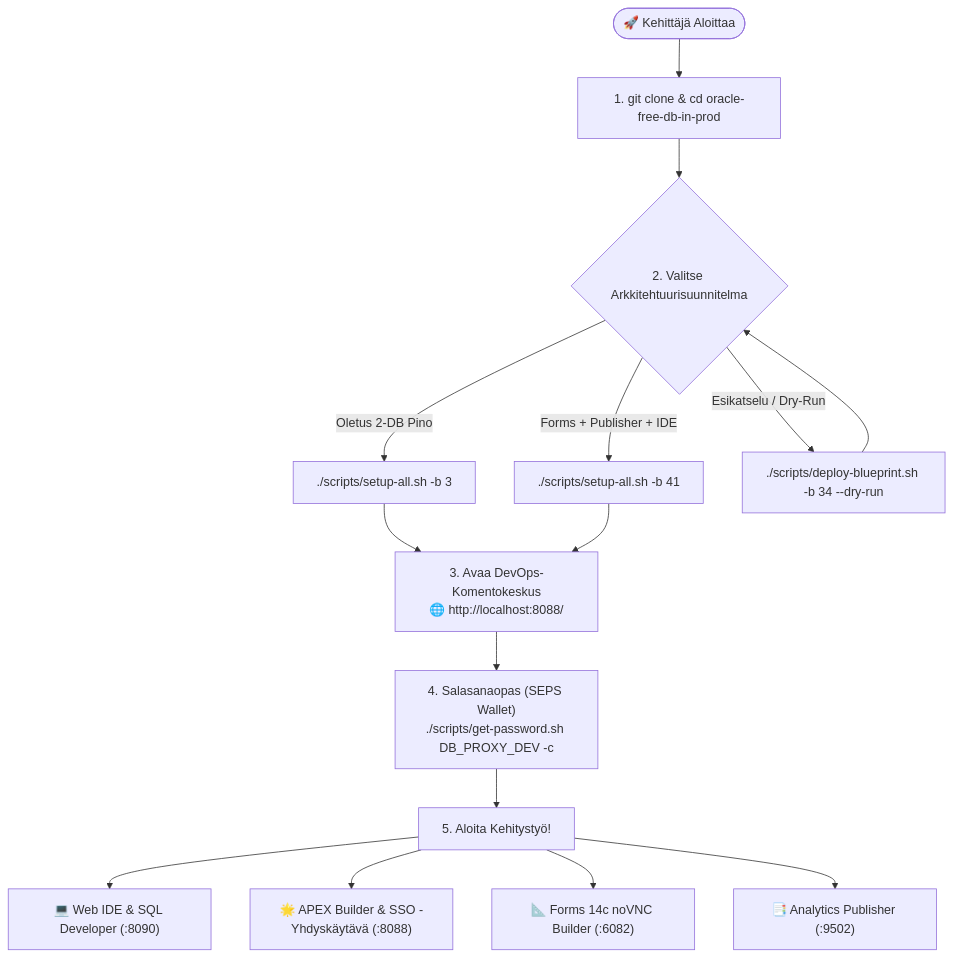
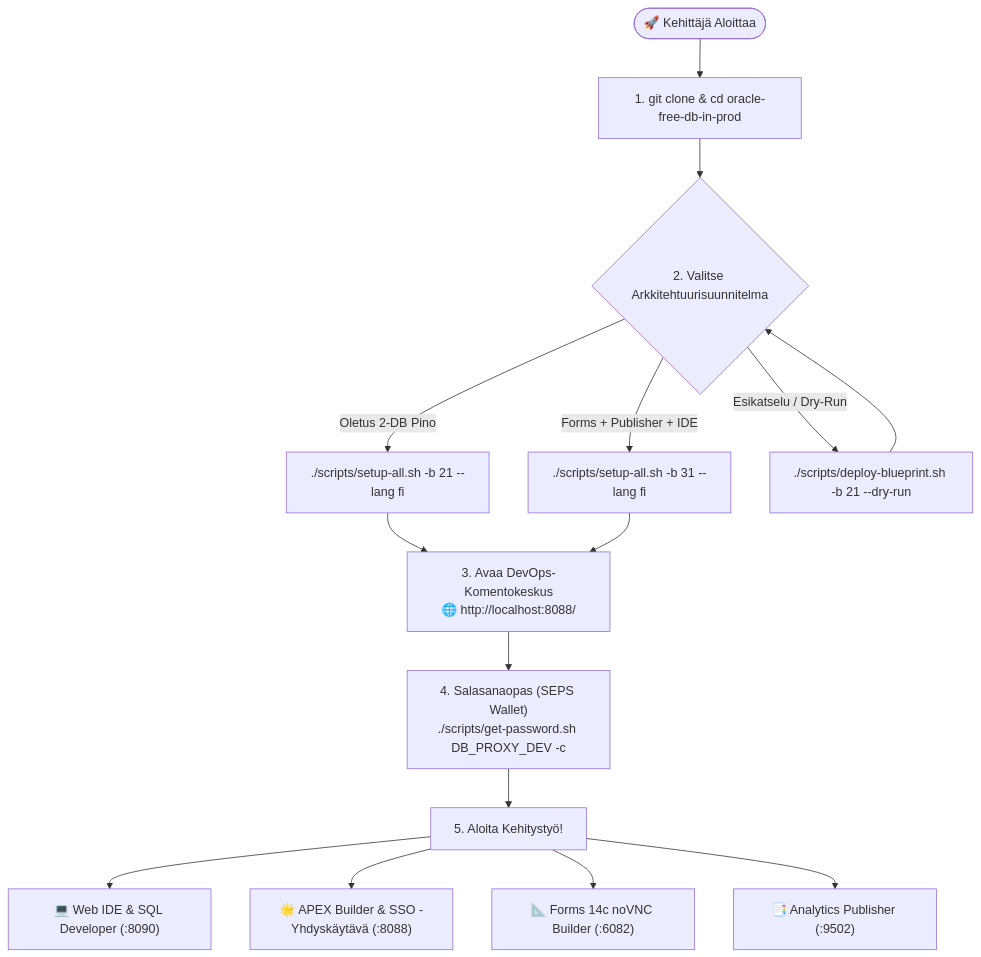
One commit to alahe/oracle-devops-platform changed the first of 3 diagrams in docs/fi/README.md. Above: the diagram before and after it, drawn with Mermaid. The commit also changed other lines of this file and 280 other files, not shown here.

First line of the commit message:
feat(architecture): standardize 15 blueprints, enhance DR snapshot recovery & artifactory publishing

````diff
--- a/docs/fi/README.md
+++ b/docs/fi/README.md
@@ -26,21 +26,21 @@
 ```mermaid
 flowchart TD
     Start(["🚀 Kehittäjä Aloittaa"]) --> Clone["1. git clone & cd oracle-free-db-in-prod"]
     Clone --> ChooseBP{"2. Valitse Arkkitehtuurisuunnitelma"}
     
-    ChooseBP -->|Oletus 2-DB Pino| BP3["./scripts/setup-all.sh -b 3"]
-    ChooseBP -->|Forms + Publisher + IDE| BP41["./scripts/setup-all.sh -b 41"]
-    ChooseBP -->|Esikatselu / Dry-Run| BPDry["./scripts/deploy-blueprint.sh -b 34 --dry-run"]
+    ChooseBP -->|Oletus 2-DB Pino| BP21["./scripts/setup-all.sh -b 21 --lang fi"]
+    ChooseBP -->|Forms + Publisher + IDE| BP31["./scripts/setup-all.sh -b 31 --lang fi"]
+    ChooseBP -->|Esikatselu / Dry-Run| BPDry["./scripts/deploy-blueprint.sh -b 21 --dry-run"]
     
-    BP3 --> DevHub["3. Avaa DevOps-Komentokeskus<br/>🌐 http://localhost:8088/"]
-    BP41 --> DevHub
+    BP21 --> DevHub["3. Avaa DevOps-Komentokeskus<br/>🌐 http://localhost:8088/"]
+    BP31 --> DevHub
     BPDry --> ChooseBP
     
     DevHub --> PwdSpikker["4. Salasanaopas (SEPS Wallet)<br/>./scripts/get-password.sh DB_PROXY_DEV -c"]
     
     PwdSpikker --> DevWork["5. Aloita Kehitystyö!"]
     DevWork --> WorkIDE["💻 Web IDE & SQL Developer (:8090)"]
     DevWork --> WorkAPEX["🌟 APEX Builder & SSO -Yhdyskäytävä (:8088)"]
     DevWork --> WorkForms["📐 Forms 14c noVNC Builder (:6082)"]
     DevWork --> WorkPub["📑 Analytics Publisher (:9502)"]
 ```
````
